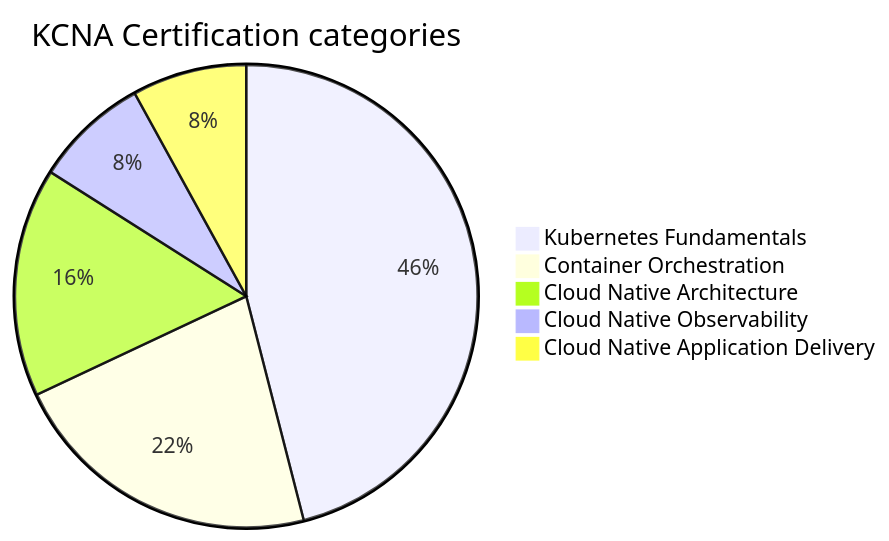
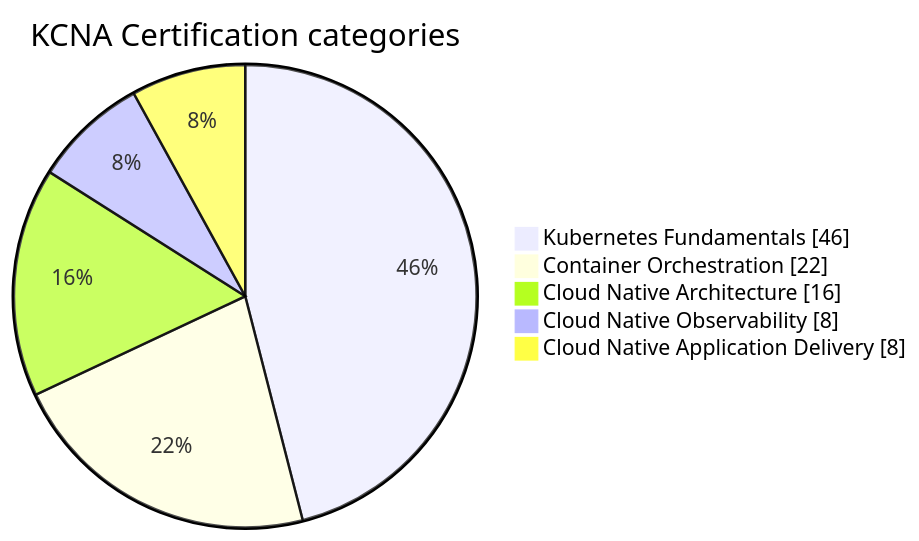
Before and after one commit to edithturn/KCNA-training: the diagram in README.md, drawn with Mermaid.

Commit message:
mermaid pie

````diff
--- a/README.md
+++ b/README.md
@@ -13,8 +13,9 @@
 ```mermaid
-  pie title KCNA Certification categories
+  pie showData
+      title KCNA Certification categories
       "Kubernetes Fundamentals" : 46
       "Container Orchestration" : 22
       "Cloud Native Architecture" : 16
       "Cloud Native Observability" : 8
       "Cloud Native Application Delivery" : 8
 ```
````
